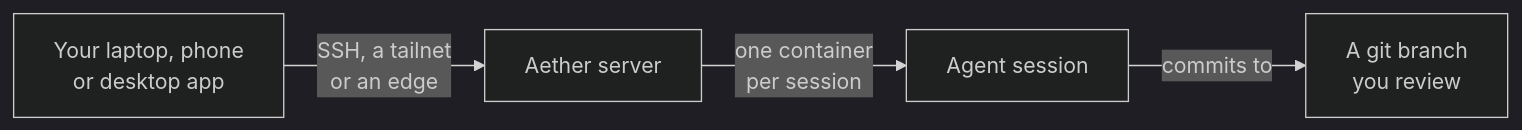
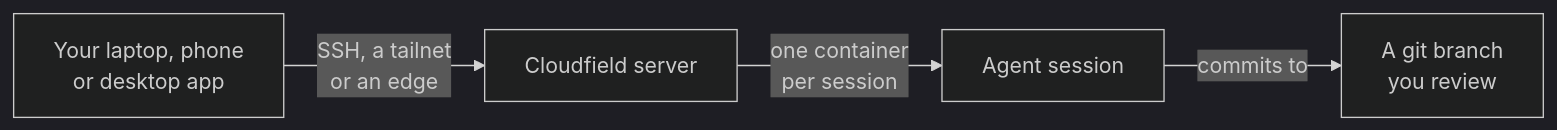
One commit to 3xDevOps/aether changed the diagram in README.md. Above: the diagram before and after it, drawn with Mermaid (dark theme). The commit also changed other lines of this file and 40 other files, not shown here.

````diff
--- a/README.md
+++ b/README.md
@@ -107,6 +107,6 @@
 ```mermaid
 flowchart LR
-    you["Your laptop, phone<br>or desktop app"] -->|"SSH, a tailnet<br>or an edge"| server["Aether server"]
+    you["Your laptop, phone<br>or desktop app"] -->|"SSH, a tailnet<br>or an edge"| server["Cloudfield server"]
     server -->|"one container<br>per session"| run["Agent session"]
     run -->|"commits to"| branch["A git branch<br>you review"]
 ```
````
